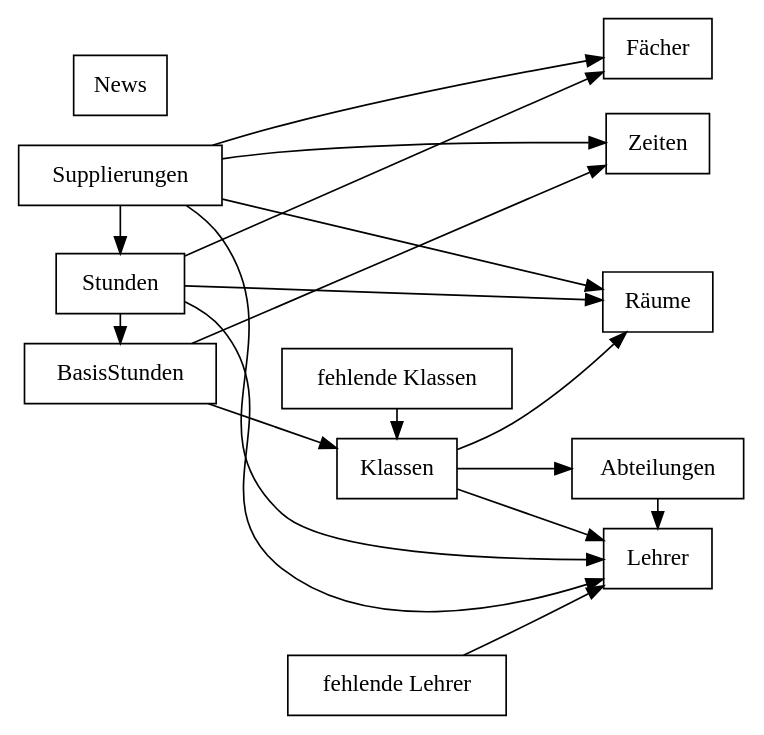
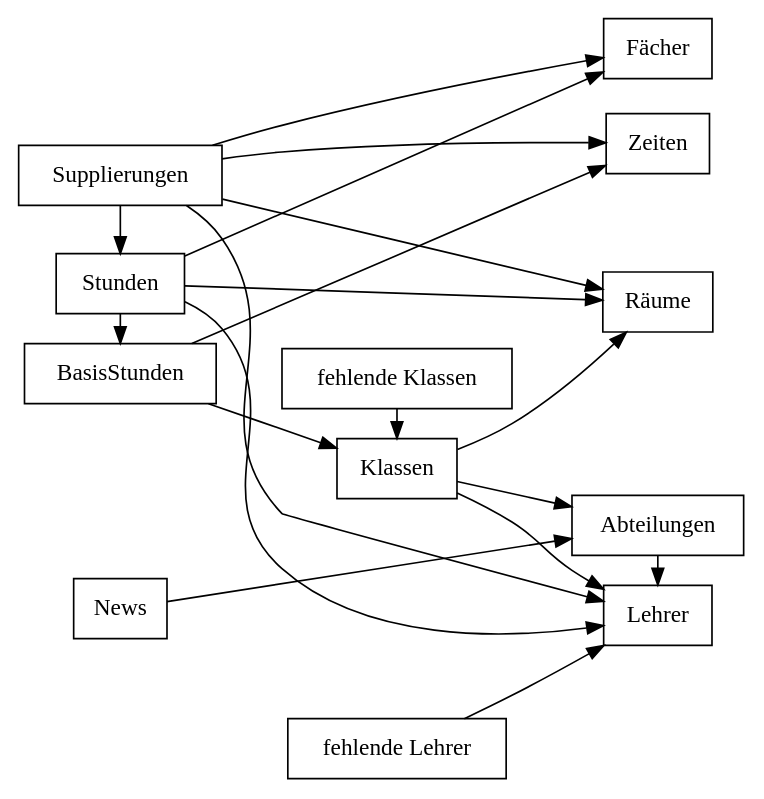
Before and after one commit to SIS-Team/SIS-Doc: the diagram in images/dbSubstitudes.dot, drawn with Graphviz. The commit also changed 1 other file, not shown here.

```diff
--- a/images/dbSubstitudes.dot
+++ b/images/dbSubstitudes.dot
@@ -1,18 +1,19 @@
 digraph database {
 	rankdir=LR;
 	
 	node [shape=box];
 
 	Abteilungen -> Lehrer;
 	Klassen -> {Abteilungen Lehrer Räume};
 	BasisStunden -> {Klassen Zeiten Zeiten};
 	Stunden -> {BasisStunden Lehrer Fächer Räume};
 	Supplierungen -> {Stunden Lehrer Zeiten Zeiten Fächer Räume};
 	"fehlende Lehrer" -> Lehrer;
 	"fehlende Klassen" -> Klassen;
+	News -> Abteilungen;
 
 	{rank=same; News}
 	{rank=same; Lehrer Räume Zeiten Fächer Abteilungen}
 	{rank=same; "fehlende Klassen" "fehlende Lehrer" Klassen}
 	{rank=same; BasisStunden Stunden News Supplierungen}
 }
```
